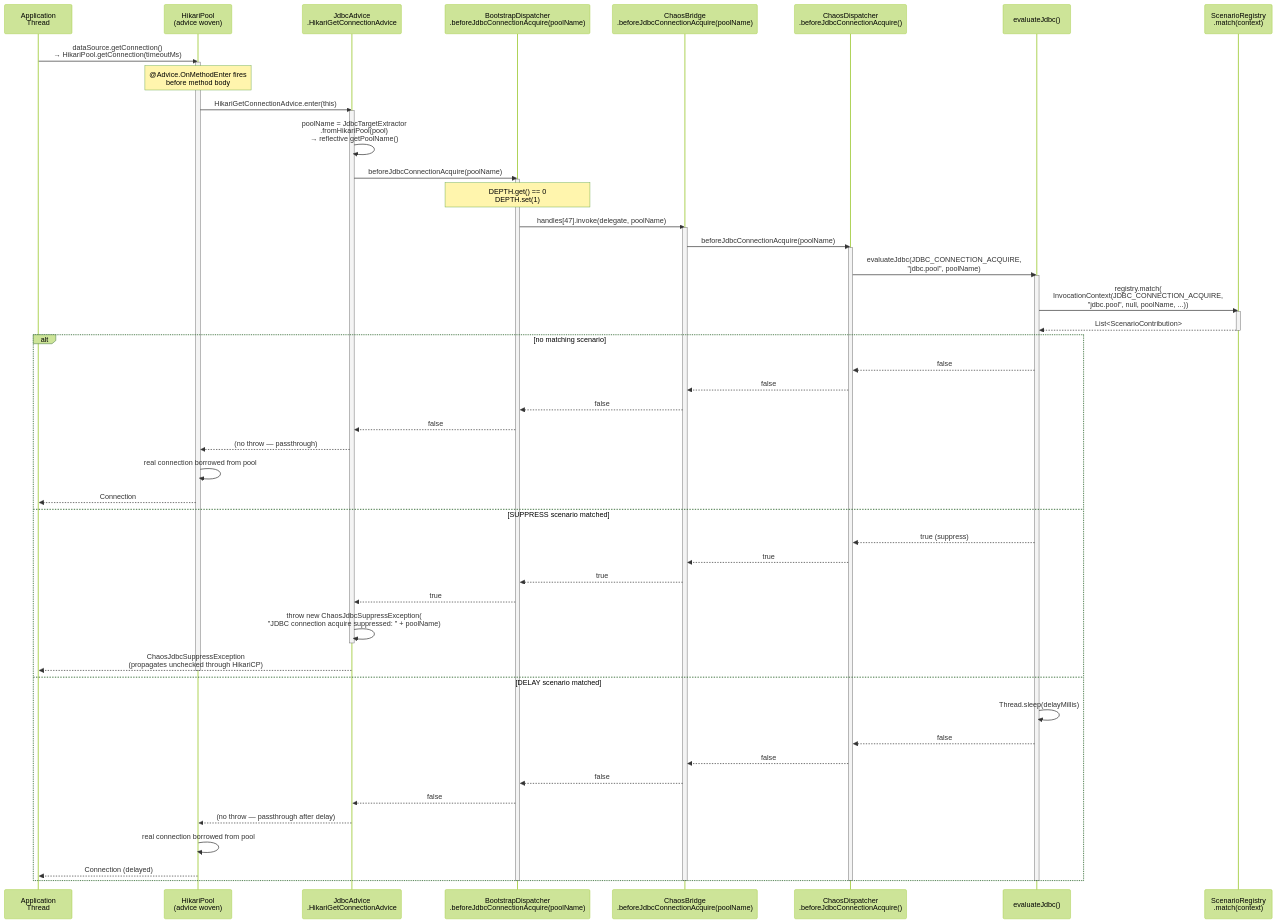
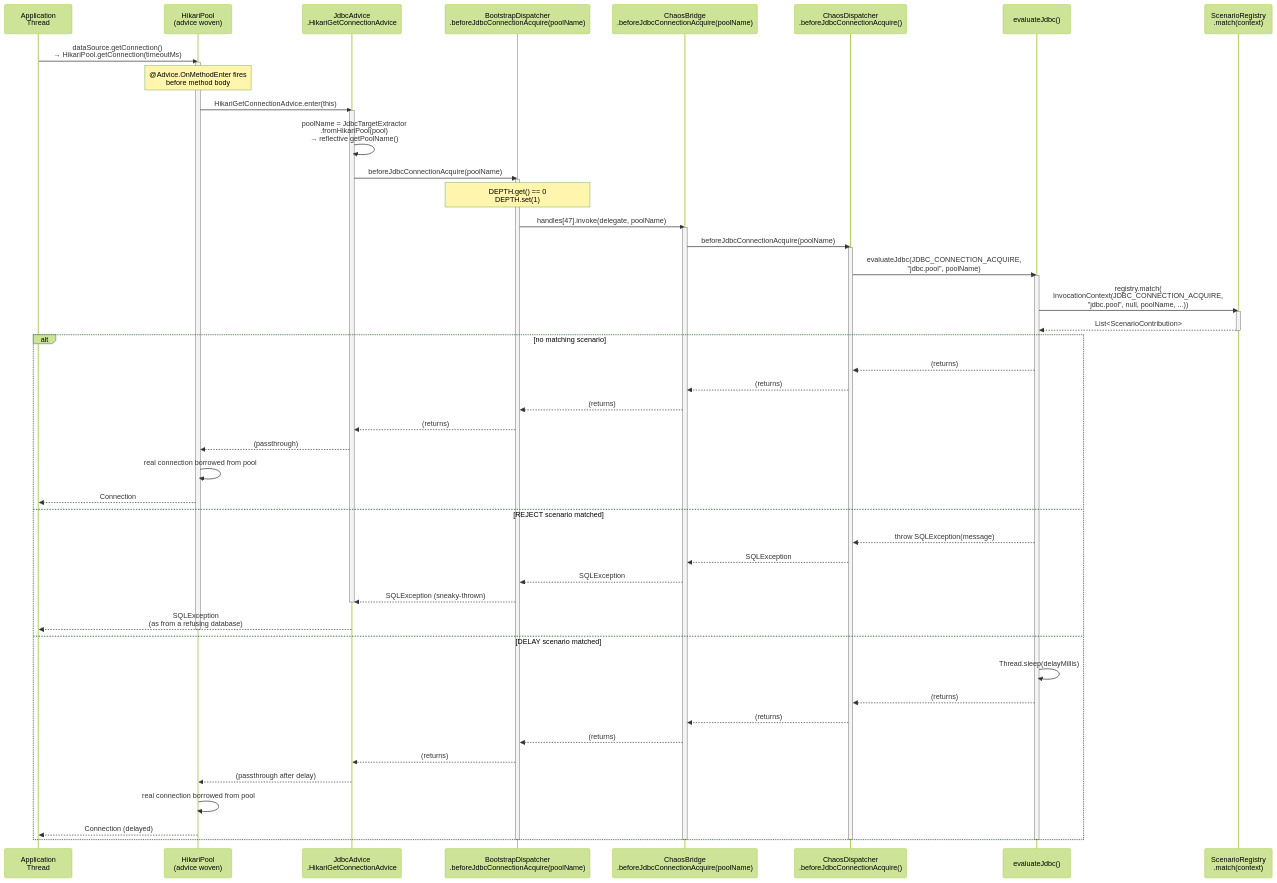
The fourth of 4 diagrams in docs/instrumentation.md (macstab/macstab-chaos-jvm-agent), drawn with Mermaid (forest theme) before and after one commit. The commit also changed other lines of this file and 32 other files, not shown here.

````diff
--- a/docs/instrumentation.md
+++ b/docs/instrumentation.md
@@ -917,61 +906,60 @@
 ```mermaid
 sequenceDiagram
   participant App as Application<br/>Thread
   participant HP as HikariPool<br/>(advice woven)
   participant Advice as JdbcAdvice<br/>.HikariGetConnectionAdvice
   participant BD as BootstrapDispatcher<br/>.beforeJdbcConnectionAcquire(poolName)
   participant CB as ChaosBridge<br/>.beforeJdbcConnectionAcquire(poolName)
   participant CD as ChaosDispatcher<br/>.beforeJdbcConnectionAcquire()
   participant EJ as evaluateJdbc()
   participant SR as ScenarioRegistry<br/>.match(context)
   App->>HP: dataSource.getConnection()<br/>  → HikariPool.getConnection(timeoutMs)
   activate HP
   Note over HP: @Advice.OnMethodEnter fires<br/>before method body
   HP->>Advice: HikariGetConnectionAdvice.enter(this)
   activate Advice
   Advice->>Advice: poolName = JdbcTargetExtractor<br/>  .fromHikariPool(pool)<br/>  → reflective getPoolName()
   Advice->>BD: beforeJdbcConnectionAcquire(poolName)
   activate BD
   Note over BD: DEPTH.get() == 0<br/>DEPTH.set(1)
   BD->>CB: handles[47].invoke(delegate, poolName)
   activate CB
   CB->>CD: beforeJdbcConnectionAcquire(poolName)
   activate CD
   CD->>EJ: evaluateJdbc(JDBC_CONNECTION_ACQUIRE,<br/>  "jdbc.pool", poolName)
   activate EJ
   EJ->>SR: registry.match(<br/>  InvocationContext(JDBC_CONNECTION_ACQUIRE,<br/>  "jdbc.pool", null, poolName, ...))
   activate SR
   SR-->>EJ: List#lt;ScenarioContribution#gt;
   deactivate SR
   alt no matching scenario
-  EJ-->>CD: false
-  CD-->>CB: false
-  CB-->>BD: false
-  BD-->>Advice: false
-  Advice-->>HP: (no throw — passthrough)
+  EJ-->>CD: (returns)
+  CD-->>CB: (returns)
+  CB-->>BD: (returns)
+  BD-->>Advice: (returns)
+  Advice-->>HP: (passthrough)
   HP->>HP: real connection borrowed from pool
   HP-->>App: Connection
-  else SUPPRESS scenario matched
-  EJ-->>CD: true (suppress)
-  CD-->>CB: true
-  CB-->>BD: true
-  BD-->>Advice: true
-  Advice->>Advice: throw new ChaosJdbcSuppressException(<br/>  "JDBC connection acquire suppressed: " + poolName)
+  else REJECT scenario matched
+  EJ-->>CD: throw SQLException(message)
+  CD-->>CB: SQLException
+  CB-->>BD: SQLException
+  BD-->>Advice: SQLException (sneaky-thrown)
   deactivate Advice
-  Advice-->>App: ChaosJdbcSuppressException<br/>(propagates unchecked through HikariCP)
+  Advice-->>App: SQLException<br/>(as from a refusing database)
   deactivate HP
   else DELAY scenario matched
   EJ->>EJ: Thread.sleep(delayMillis)
-  EJ-->>CD: false
-  CD-->>CB: false
-  CB-->>BD: false
-  BD-->>Advice: false
-  Advice-->>HP: (no throw — passthrough after delay)
+  EJ-->>CD: (returns)
+  CD-->>CB: (returns)
+  CB-->>BD: (returns)
+  BD-->>Advice: (returns)
+  Advice-->>HP: (passthrough after delay)
   HP->>HP: real connection borrowed from pool
   HP-->>App: Connection (delayed)
   end
   deactivate EJ
   deactivate CD
   deactivate CB
   deactivate BD
 ```
````
